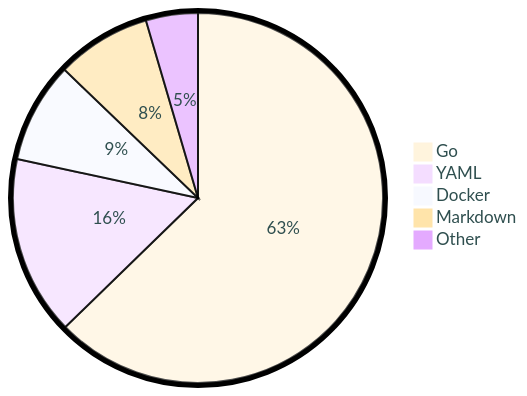
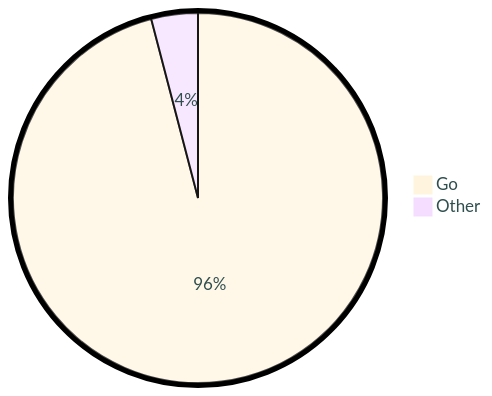
One commit to tot0p/tot0p changed the diagram in README.md. Above: the diagram before and after it, drawn with Mermaid. The commit also changed other lines of this file, not shown here.

````diff
--- a/README.md
+++ b/README.md
@@ -79,9 +72,6 @@
 ```mermaid
 %%{init: {"pie": {"textPosition": 0.5}, "themeVariables": {"pieOuterStrokeWidth": "5px","primaryTextColor" : "#2F4F4F"},"theme":"base"} }%%
 pie
-	"Go": 62.72
-	"YAML": 15.66
-	"Docker": 8.8
-	"Markdown": 8.28
-	"Other": 4.54
+	"Go": 95.93
+	"Other": 4.07
 ```
````
